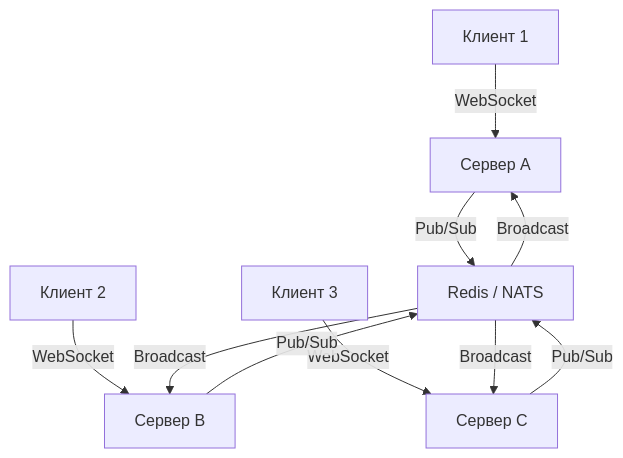
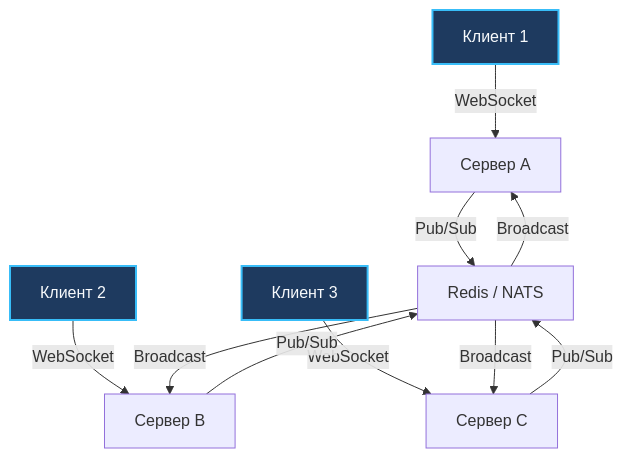
The fourth of 4 diagrams in sources/3. Компьютерные сети и сетевой стек/25. WebSocket, SSE и долгоживущие соединения.md (UnrealTemplier/go-textbook), drawn with Mermaid before and after one commit. The commit also changed other lines of this file and 1666 other files, not shown here.

First line of the commit message:
feat(mermaid): add semantic color classDef to 1369 colorless flowchart/graph diagrams

````diff
--- a/sources/3. Компьютерные сети и сетевой стек/25. WebSocket, SSE и долгоживущие соединения.md
+++ b/sources/3. Компьютерные сети и сетевой стек/25. WebSocket, SSE и долгоживущие соединения.md
@@ -311,14 +331,24 @@
 ```mermaid
 flowchart TD
-    A["Клиент 1"] -->|"WebSocket"| B["Сервер A"]
-    C["Клиент 2"] -->|"WebSocket"| D["Сервер B"]
-    E["Клиент 3"] -->|"WebSocket"| F["Сервер C"]
+    classDef process  fill:#1e293b,stroke:#38bdf8,stroke-width:1px,color:#f8fafc
+    classDef success  fill:#064e3b,stroke:#34d399,stroke-width:1px,color:#f8fafc
+    classDef error    fill:#7f1d1d,stroke:#f87171,stroke-width:1px,color:#f8fafc
+    classDef warning  fill:#78350f,stroke:#fbbf24,stroke-width:1px,color:#f8fafc
+    classDef entry    fill:#1e3a5f,stroke:#38bdf8,stroke-width:2px,color:#f8fafc
+    classDef aux      fill:#334155,stroke:#64748b,stroke-width:1px,color:#f8fafc
+    classDef system   fill:#312e81,stroke:#a78bfa,stroke-width:1px,color:#f8fafc
+    classDef data     fill:#132d29,stroke:#2dd4bf,stroke-width:1px,color:#f8fafc
+    classDef network  fill:#881337,stroke:#fb7185,stroke-width:1px,color:#f8fafc
+    classDef accent   fill:#1e1b4b,stroke:#818cf8,stroke-width:1px,color:#f8fafc
+    A["Клиент 1"]:::entry -->|"WebSocket"| B["Сервер A"]
+    C["Клиент 2"]:::entry -->|"WebSocket"| D["Сервер B"]
+    E["Клиент 3"]:::entry -->|"WebSocket"| F["Сервер C"]
     
     B -->|"Pub/Sub"| G["Redis / NATS"]
     D -->|"Pub/Sub"| G
     F -->|"Pub/Sub"| G
     
     G -->|"Broadcast"| B
     G -->|"Broadcast"| D
     G -->|"Broadcast"| F
 ```
````
